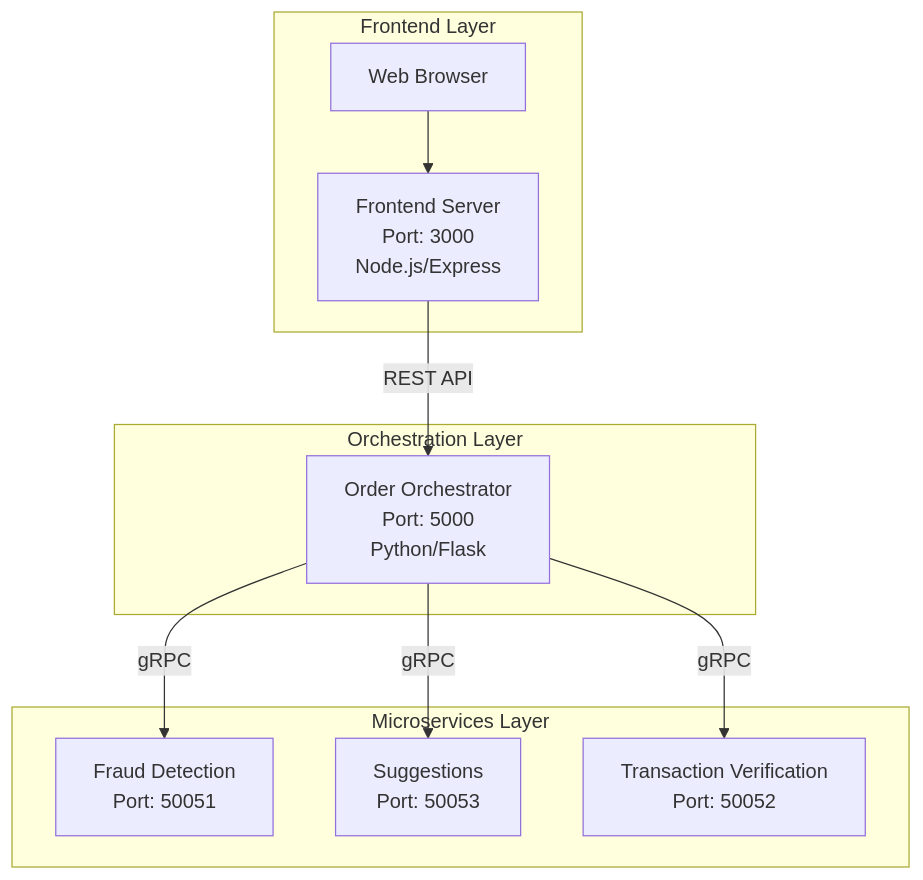
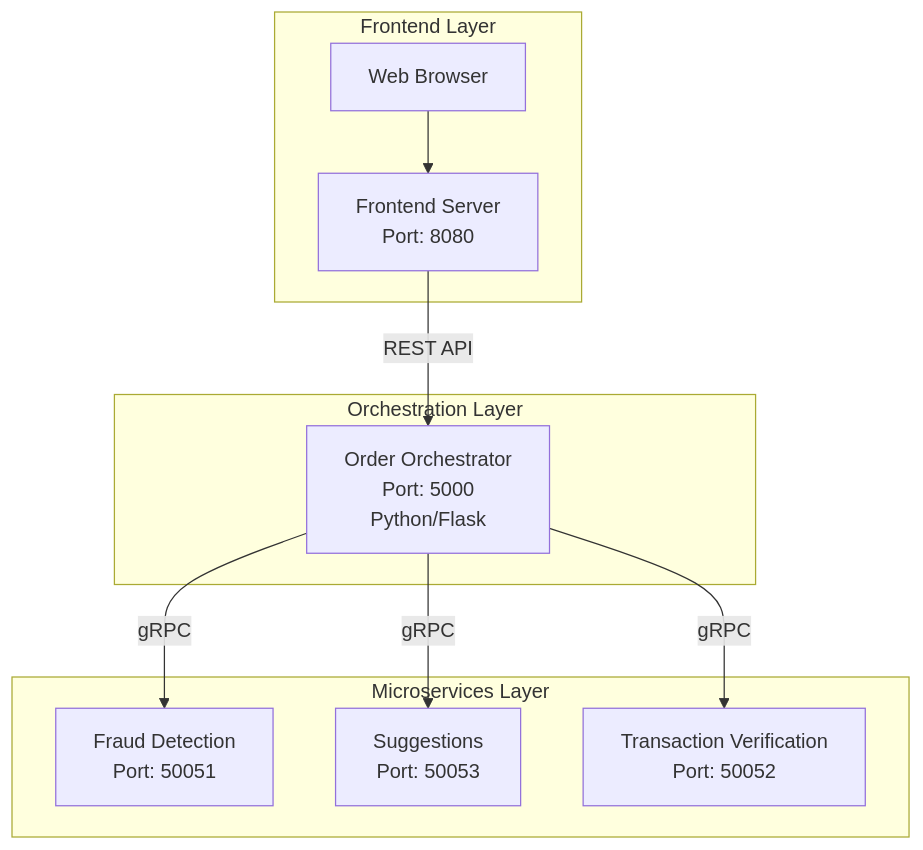
The first of 2 diagrams in README.md (mharisirfan/ds-practice-2025), drawn with Mermaid before and after one commit.

Commit message:
Update frontend server port in README

````diff
--- a/README.md
+++ b/README.md
@@ -10,15 +10,15 @@
 ```mermaid
 graph TD
     subgraph "Frontend Layer"
-        A[Web Browser] --> B[Frontend Server<br/>Port: 3000<br/>Node.js/Express]
+        A[Web Browser] --> B[Frontend Server<br/>Port: 8080<br/>]
     end 
     subgraph "Orchestration Layer"
         B -->|REST API| C[Order Orchestrator<br/>Port: 5000<br/>Python/Flask]
     end    
     subgraph "Microservices Layer"
         C -->|gRPC| D[Fraud Detection<br/>Port: 50051]
         C -->|gRPC| E[Suggestions<br/>Port: 50053]
         C -->|gRPC| F[Transaction Verification<br/>Port: 50052]
     end
 
 ```
````
